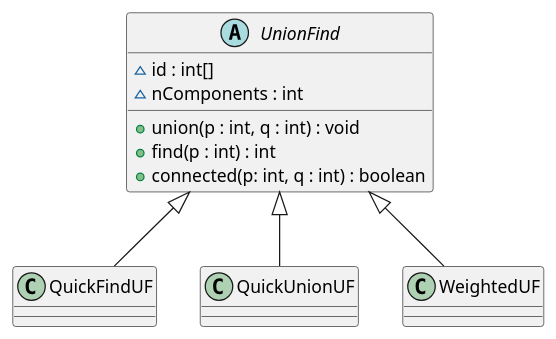
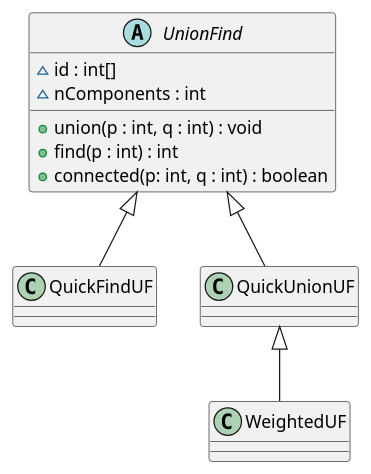
One commit to s3lvatico/dd.algs changed the diagram in sedgewick-algs/union-find/src/main/resources/class_diagram.puml. Above: the diagram before and after it, drawn with PlantUML. The commit also changed 4 other files, not shown here.

```diff
--- a/sedgewick-algs/union-find/src/main/resources/class_diagram.puml
+++ b/sedgewick-algs/union-find/src/main/resources/class_diagram.puml
@@ -1,15 +1,15 @@
 @startuml class_diagram
 abstract class UnionFind {
     ~ id : int[]
     ~ nComponents : int
     + union(p : int, q : int) : void
     + find(p : int) : int
     + connected(p: int, q : int) : boolean
 }
 class QuickFindUF
 class QuickUnionUF
 class WeightedUF
 UnionFind <|-- QuickFindUF
 UnionFind <|-- QuickUnionUF
-UnionFind <|-- WeightedUF
+QuickUnionUF <|-- WeightedUF
 @enduml
```
